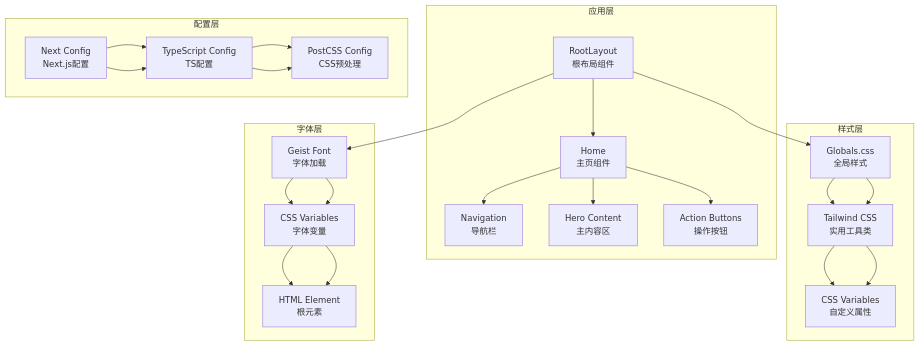
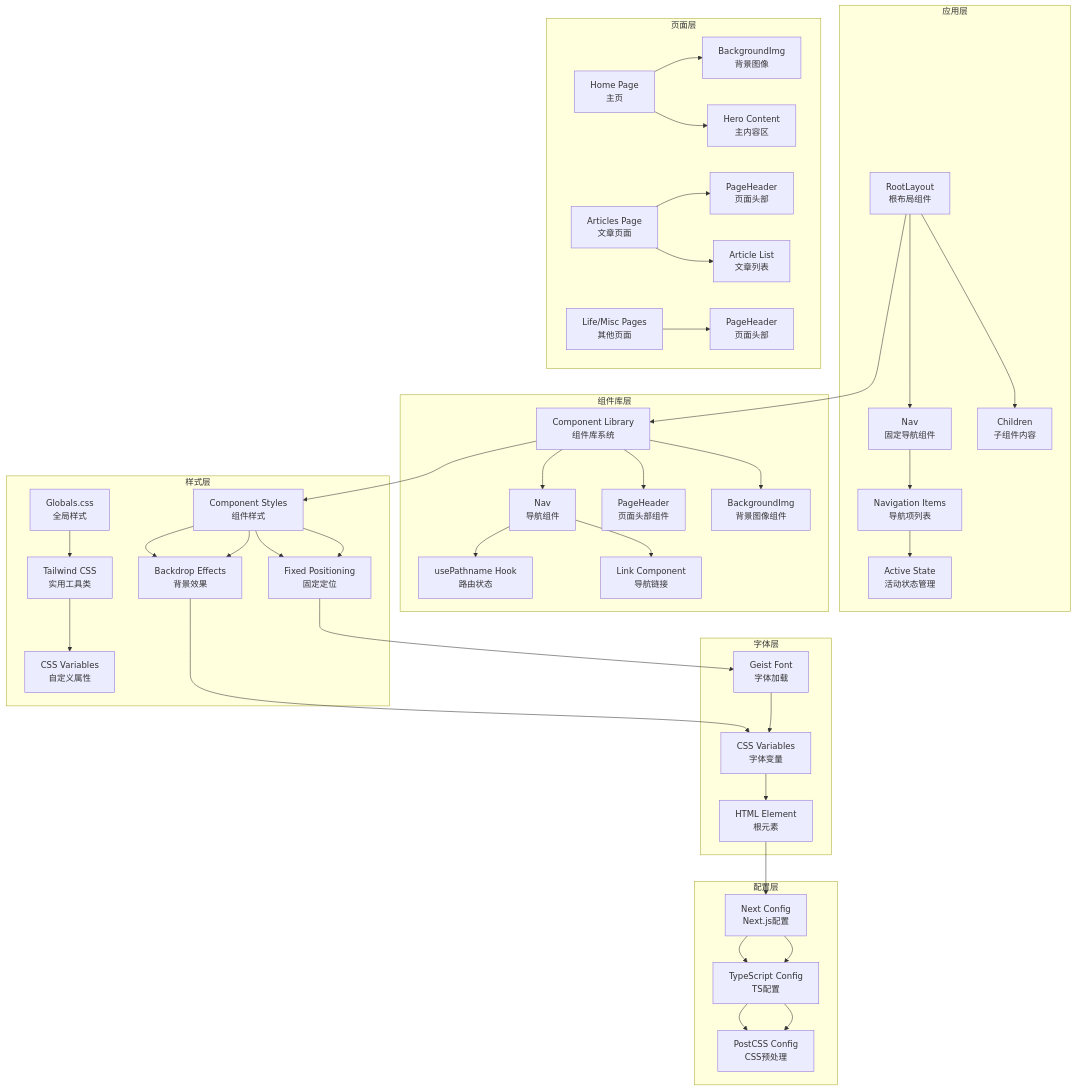
One commit to caoLei1997/Blog changed the second of 6 diagrams in .qoder/repowiki/zh/content/项目架构/核心组件详解/核心组件详解.md. Above: the diagram before and after it, drawn with Mermaid. The commit also changed other lines of this file and 27 other files, not shown here.

````diff
--- a/.qoder/repowiki/zh/content/项目架构/核心组件详解/核心组件详解.md
+++ b/.qoder/repowiki/zh/content/项目架构/核心组件详解/核心组件详解.md
@@ -120,29 +135,46 @@
 ```mermaid
 graph TB
 subgraph "应用层"
-A[RootLayout<br/>根布局组件] --> B[Home<br/>主页组件]
-B --> C[Navigation<br/>导航栏]
-B --> D[Hero Content<br/>主内容区]
-B --> E[Action Buttons<br/>操作按钮]
+A[RootLayout<br/>根布局组件] --> B[Nav<br/>固定导航组件]
+A --> C[Children<br/>子组件内容]
+B --> D[Navigation Items<br/>导航项列表]
+D --> E[Active State<br/>活动状态管理]
+end
+subgraph "组件库层"
+F[Component Library<br/>组件库系统] --> G[Nav<br/>导航组件]
+F --> H[PageHeader<br/>页面头部组件]
+F --> I[BackgroundImg<br/>背景图像组件]
+G --> J[usePathname Hook<br/>路由状态]
+G --> K[Link Component<br/>导航链接]
+end
+subgraph "页面层"
+L[Home Page<br/>主页] --> M[BackgroundImg<br/>背景图像]
+L --> N[Hero Content<br/>主内容区]
+O[Articles Page<br/>文章页面] --> P[PageHeader<br/>页面头部]
+O --> Q[Article List<br/>文章列表]
+R[Life/Misc Pages<br/>其他页面] --> S[PageHeader<br/>页面头部]
 end
 subgraph "样式层"
-F[Globals.css<br/>全局样式] --> G[Tailwind CSS<br/>实用工具类]
-G --> H[CSS Variables<br/>自定义属性]
+T[Globals.css<br/>全局样式] --> U[Tailwind CSS<br/>实用工具类]
+U --> V[CSS Variables<br/>自定义属性]
+W[Component Styles<br/>组件样式] --> X[Fixed Positioning<br/>固定定位]
+W --> Y[Backdrop Effects<br/>背景效果]
 end
 subgraph "字体层"
-I[Geist Font<br/>字体加载] --> J[CSS Variables<br/>字体变量]
-J --> K[HTML Element<br/>根元素]
+Z[Geist Font<br/>字体加载] --> AA[CSS Variables<br/>字体变量]
+AA --> AB[HTML Element<br/>根元素]
 end
 subgraph "配置层"
-L[Next Config<br/>Next.js配置] --> M[TypeScript Config<br/>TS配置]
-M --> N[PostCSS Config<br/>CSS预处理]
+AC[Next Config<br/>Next.js配置] --> AD[TypeScript Config<br/>TS配置]
+AD --> AE[PostCSS Config<br/>CSS预处理]
 end
 A --> F
-A --> I
-F --> G
-G --> H
-I --> J
-J --> K
-L --> M
-M --> N
+F --> W
+W --> X
+W --> Y
+X --> Z
+Y --> AA
+AB --> AC
+AC --> AD
+AD --> AE
 ```
````
